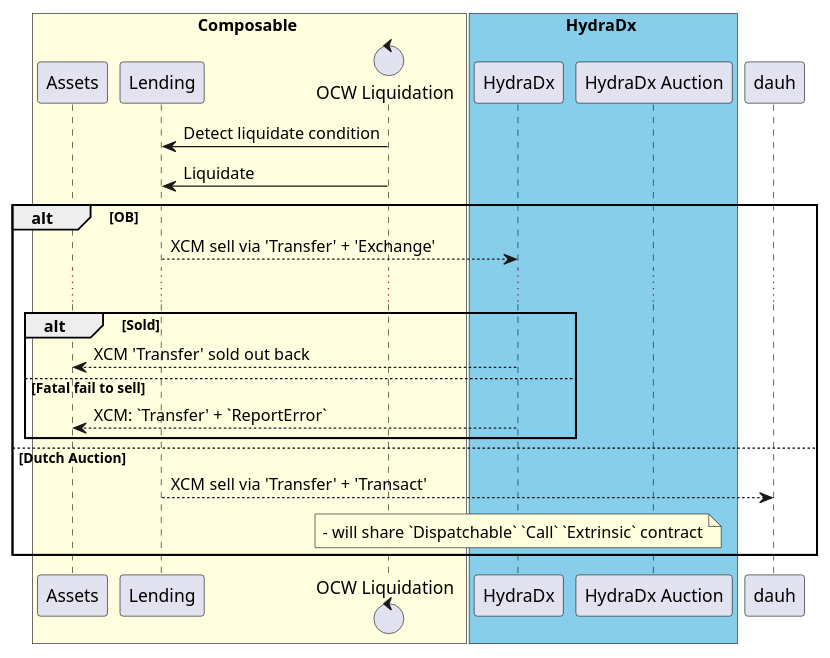
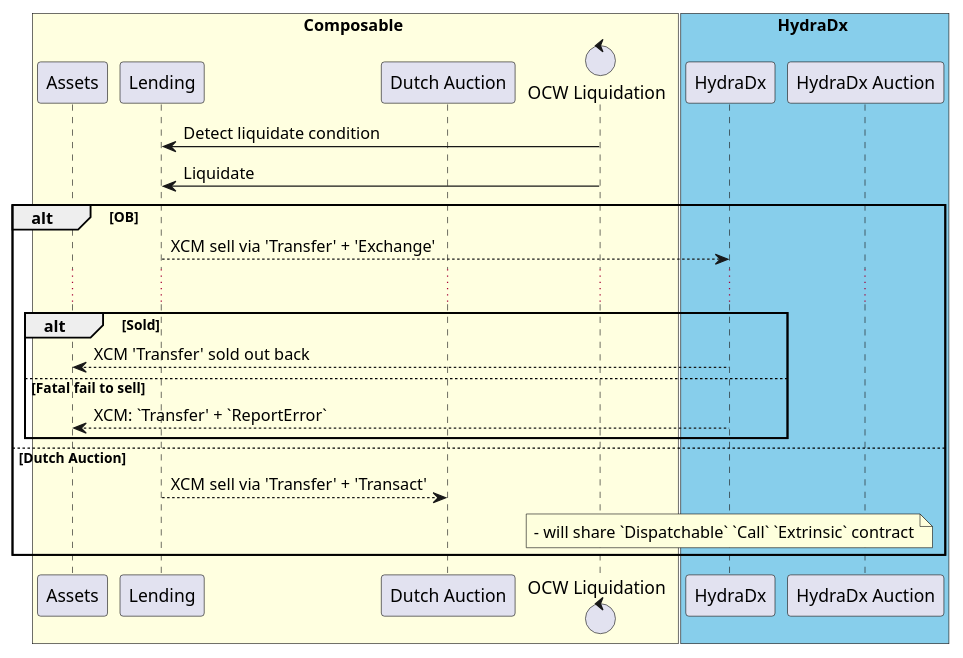
One commit to ComposableFi/composable changed the diagram in frame/liquidations/external-dex-liqudation.sequence.plantuml. Above: the diagram before and after it, drawn with PlantUML. The commit also changed 30 other files, not shown here.

```diff
--- a/frame/liquidations/external-dex-liqudation.sequence.plantuml
+++ b/frame/liquidations/external-dex-liqudation.sequence.plantuml
@@ -1,34 +1,33 @@
 @startuml
 
 box Composable #LightYellow
   participant "Assets" as pallet_assets
   participant "Lending" as pallet_lending
+  participant "Dutch Auction" as pallet_dutch_action
   control "OCW Liquidation" as ocw_liquidation
 end box
 
 box HydraDx #SkyBlue
   participant "HydraDx" as pah
   participant "HydraDx Auction" as pauh
 end box
 
 ocw_liquidation -> pallet_lending: Detect liquidate condition
-
 ocw_liquidation -> pallet_lending: Liquidate
 
 alt OB
   pallet_lending --> pah: XCM sell via 'Transfer' + 'Exchange'
   ...
   alt Sold
     pah --> pallet_assets: XCM 'Transfer' sold out back
   else Fatal fail to sell
     pah --> pallet_assets: XCM: `Transfer' + `ReportError`
   end
 else Dutch Auction
-  pallet_lending --> dauh: XCM sell via 'Transfer' + 'Transact'
+  pallet_lending --> pallet_dutch_action: XCM sell via 'Transfer' + 'Transact'
   note over pah
     - will share `Dispatchable` `Call` `Extrinsic` contract
   end note
 end
 
-
 @enduml
```
